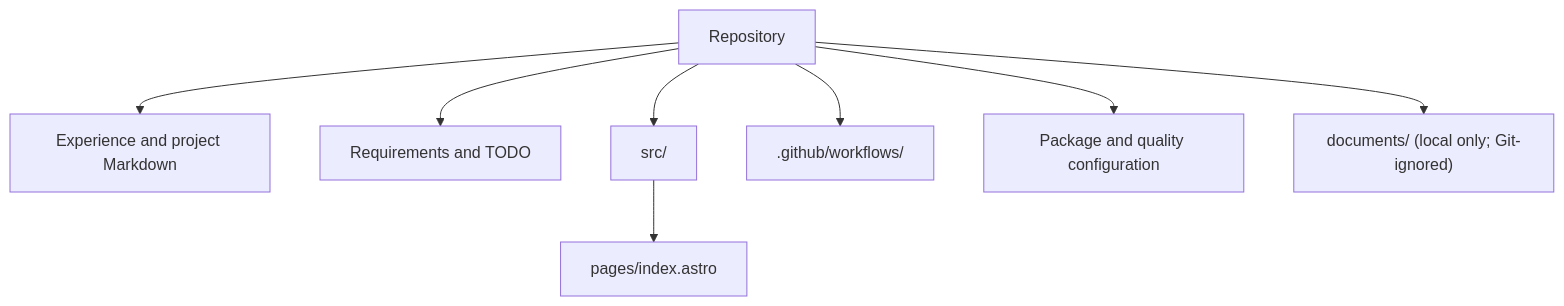
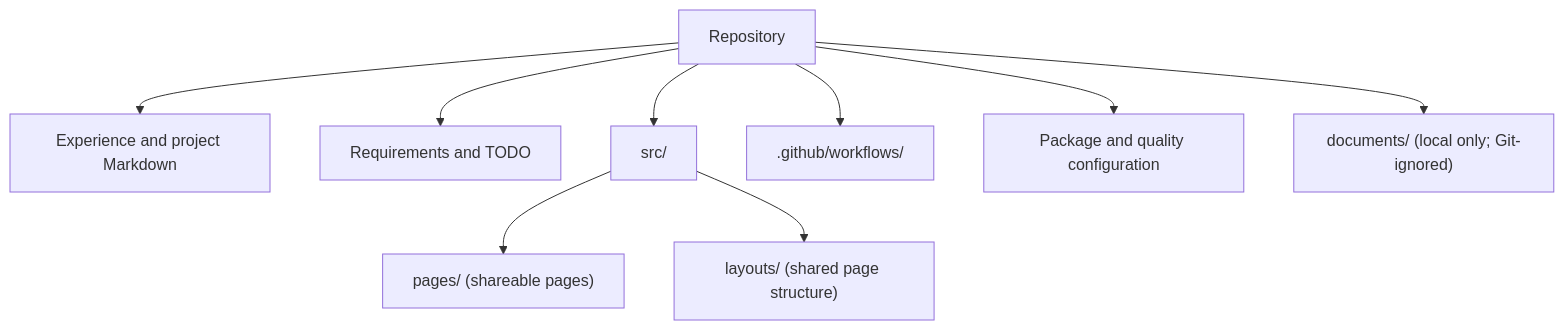
Before and after one commit to 6210/dfpf-26-27: the first of 2 diagrams in README.MD, drawn with Mermaid. The commit also changed other lines of this file and 10 other files, not shown here.

Commit message:
Add shareable pages with client navigation and SEO foundation

````diff
--- a/README.MD
+++ b/README.MD
@@ -115,11 +119,12 @@
 ```mermaid
 flowchart TD
     Repo["Repository"]
     Repo --> References["Experience and project Markdown"]
     Repo --> Planning["Requirements and TODO"]
     Repo --> Source["src/"]
-    Source --> Pages["pages/index.astro"]
+    Source --> Pages["pages/ (shareable pages)"]
+    Source --> Layout["layouts/ (shared page structure)"]
     Repo --> Workflow[".github/workflows/"]
     Repo --> Config["Package and quality configuration"]
     Repo --> Local["documents/ (local only; Git-ignored)"]
 ```
````
